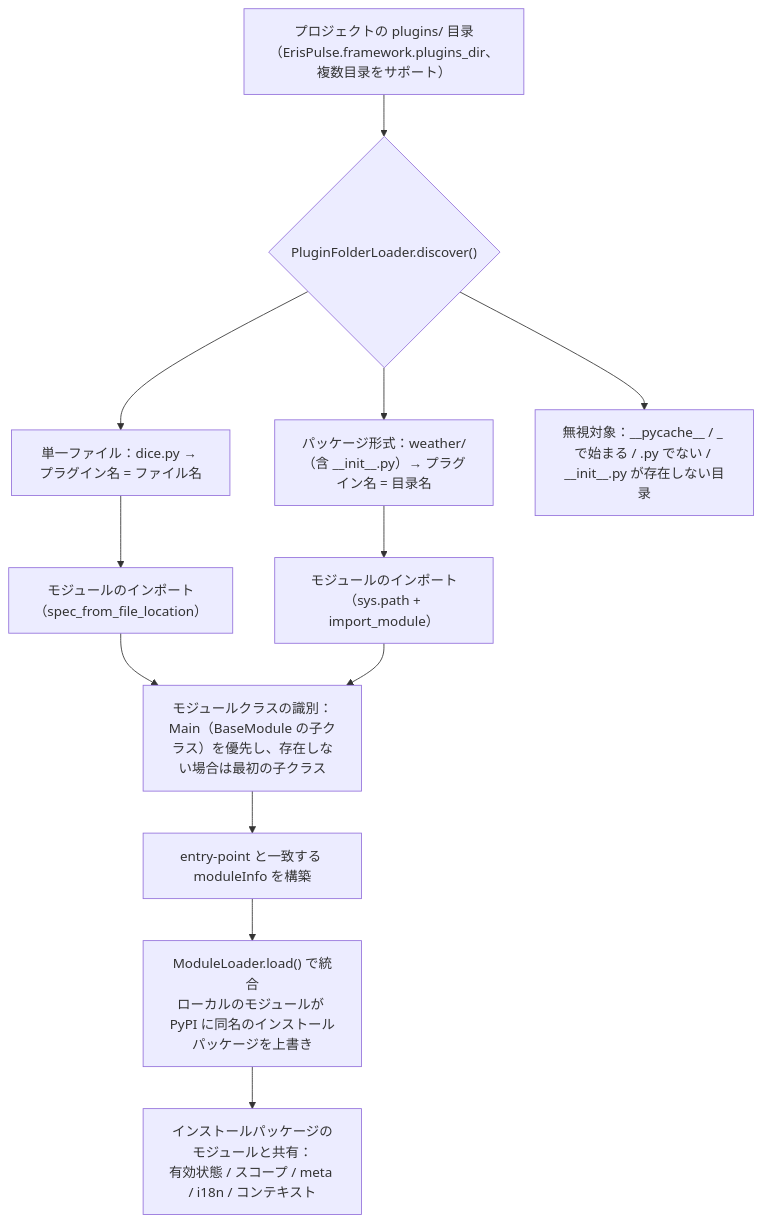
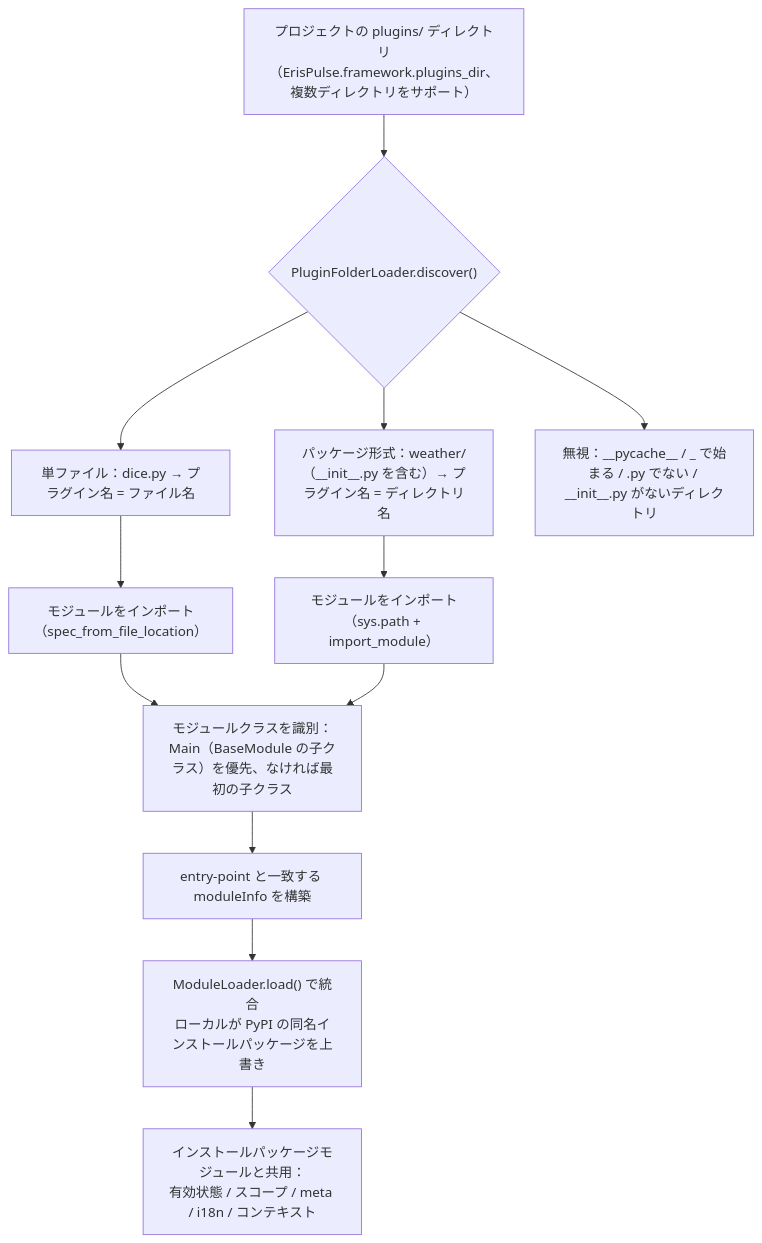
The eighth of 9 diagrams in docs/ja/architecture.md (ErisPulse/ErisPulse), drawn with Mermaid before and after one commit. The commit also changed other lines of this file and 622 other files, not shown here.

````diff
--- a/docs/ja/architecture.md
+++ b/docs/ja/architecture.md
@@ -260,14 +258,14 @@
 ```mermaid
 flowchart TD
-    A["プロジェクトの plugins/ 目录<br/>（ErisPulse.framework.plugins_dir、複数目录をサポート）"] --> B{"PluginFolderLoader.discover()"}
-    B --> C["単一ファイル：dice.py → プラグイン名 = ファイル名"]
-    B --> D["パッケージ形式：weather/（含 __init__.py）→ プラグイン名 = 目录名"]
-    B --> E["無視対象：__pycache__ / _ で始まる / .py でない / __init__.py が存在しない目录"]
-    C --> F["モジュールのインポート（spec_from_file_location）"]
-    D --> G["モジュールのインポート（sys.path + import_module）"]
-    F --> H["モジュールクラスの識別：Main（BaseModule の子クラス）を優先し、存在しない場合は最初の子クラス"]
+    A["プロジェクトの plugins/ ディレクトリ<br/>（ErisPulse.framework.plugins_dir、複数ディレクトリをサポート）"] --> B{"PluginFolderLoader.discover()"}
+    B --> C["単ファイル：dice.py → プラグイン名 = ファイル名"]
+    B --> D["パッケージ形式：weather/（__init__.py を含む）→ プラグイン名 = ディレクトリ名"]
+    B --> E["無視：__pycache__ / _ で始まる / .py でない / __init__.py がないディレクトリ"]
+    C --> F["モジュールをインポート（spec_from_file_location）"]
+    D --> G["モジュールをインポート（sys.path + import_module）"]
+    F --> H["モジュールクラスを識別：Main（BaseModule の子クラス）を優先、なければ最初の子クラス"]
     G --> H
     H --> I["entry-point と一致する moduleInfo を構築"]
-    I --> J["ModuleLoader.load() で統合<br/>ローカルのモジュールが PyPI に同名のインストールパッケージを上書き"]
-    J --> K["インストールパッケージのモジュールと共有：<br/>有効状態 / スコープ / meta / i18n / コンテキスト"]
+    I --> J["ModuleLoader.load() で統合<br/>ローカルが PyPI の同名インストールパッケージを上書き"]
+    J --> K["インストールパッケージモジュールと共用：<br/>有効状態 / スコープ / meta / i18n / コンテキスト"]
 ```
````
